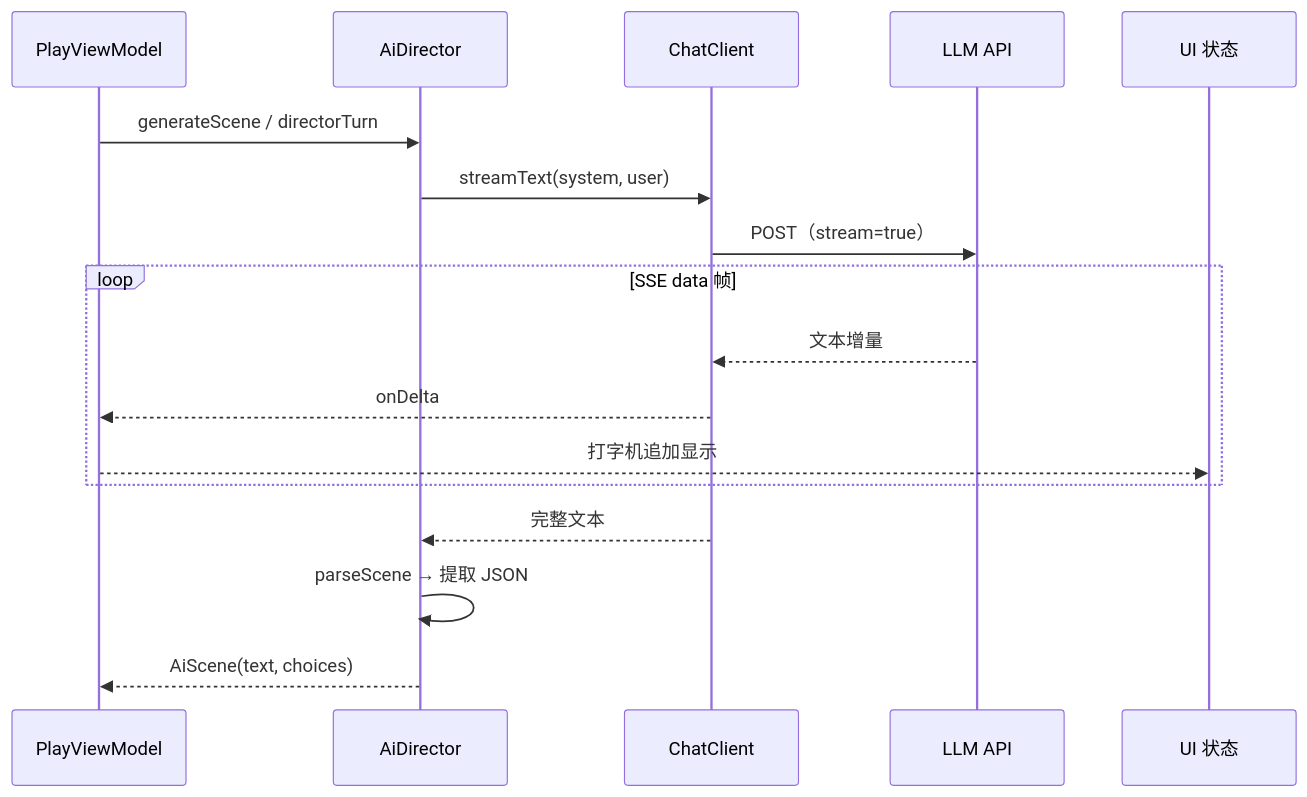
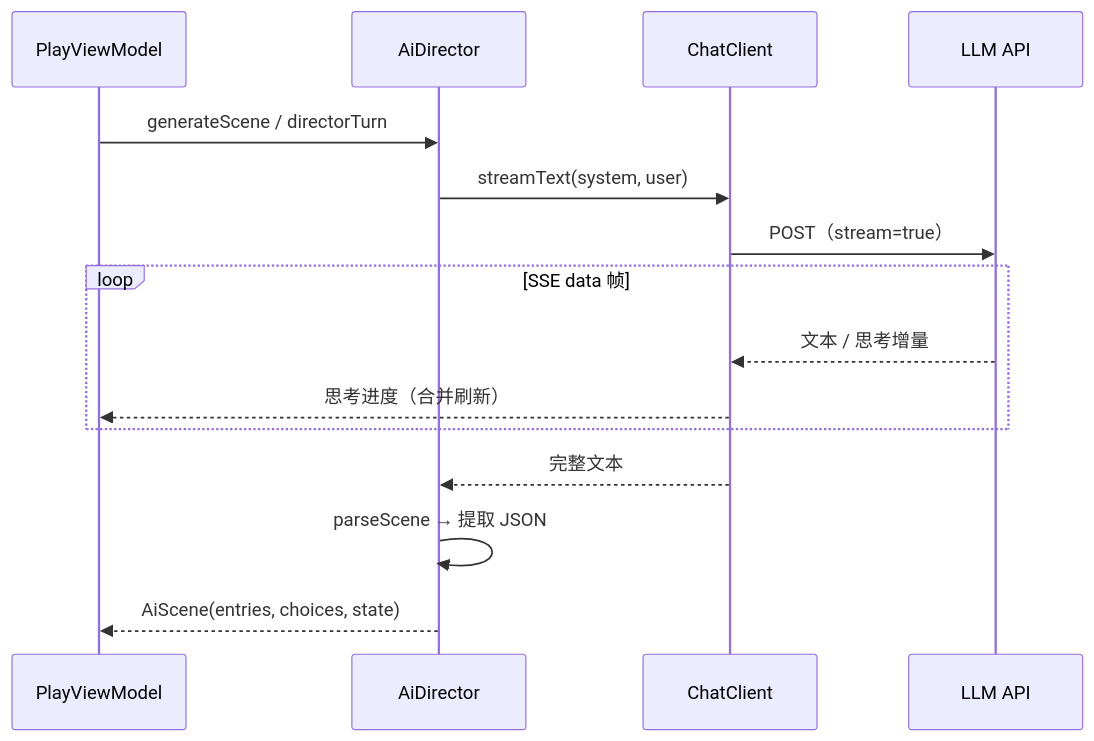
The third of 3 diagrams in README.md (wangmikuwang/HongXu-Android), drawn with Mermaid before and after one commit. The commit also changed other lines of this file and 6 other files, not shown here.

````diff
--- a/README.md
+++ b/README.md
@@ -267,20 +198,18 @@
 ```mermaid
 sequenceDiagram
     participant P as PlayViewModel
     participant D as AiDirector
     participant C as ChatClient
     participant A as LLM API
-    participant U as UI 状态
 
     P->>D: generateScene / directorTurn
     D->>C: streamText(system, user)
     C->>A: POST（stream=true）
     loop SSE data 帧
-        A-->>C: 文本增量
-        C-->>P: onDelta
-        P-->>U: 打字机追加显示
+        A-->>C: 文本 / 思考增量
+        C-->>P: 思考进度（合并刷新）
     end
     C-->>D: 完整文本
     D->>D: parseScene → 提取 JSON
-    D-->>P: AiScene(text, choices)
+    D-->>P: AiScene(entries, choices, state)
 ```
````
